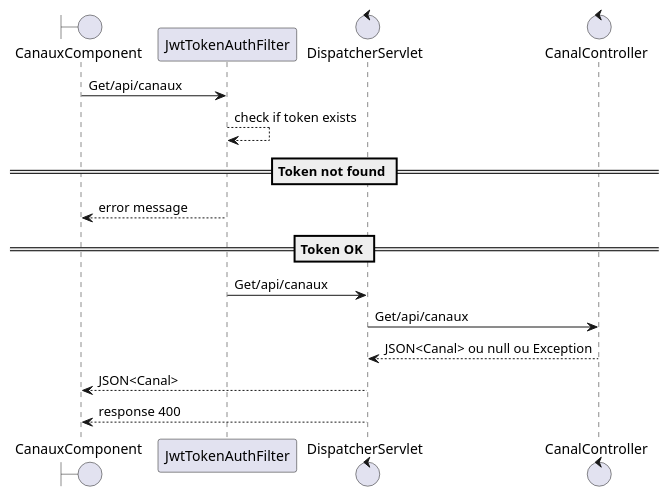
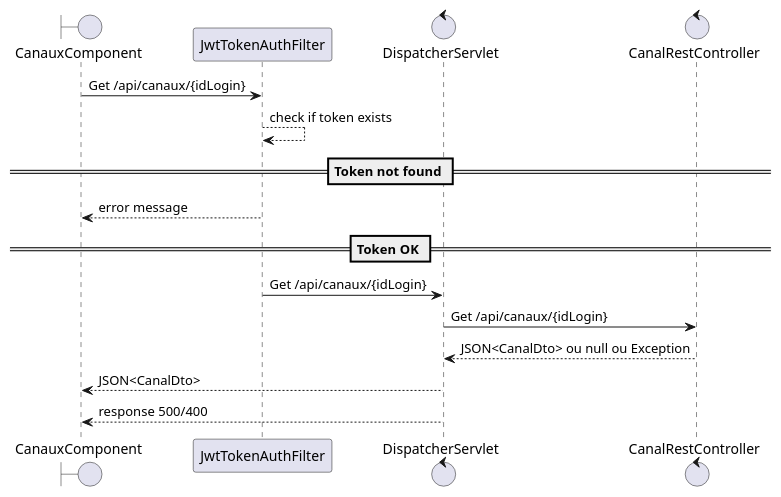
The diagram in public/diagramme-de-sequence/listerCanauxById.puml (soupramanien/cdaMassy2021ReactJS), drawn with PlantUML before and after one commit. The commit also changed 3 other files, not shown here.

Commit message:
Merge branch 'huawei' ->Update diagrames de sequence

```diff
--- a/public/diagramme-de-sequence/listerCanauxById.puml
+++ b/public/diagramme-de-sequence/listerCanauxById.puml
@@ -3,18 +3,18 @@
 @startuml
 boundary CanauxComponent
 participant JwtTokenAuthFilter
 control DispatcherServlet 
-control CanalController 
+control CanalRestController 
 
 
-CanauxComponent -> JwtTokenAuthFilter : Get/api/canaux 
+CanauxComponent -> JwtTokenAuthFilter : Get /api/canaux/{idLogin} 
 JwtTokenAuthFilter --> JwtTokenAuthFilter : check if token exists
 ==Token not found ==
 JwtTokenAuthFilter --> CanauxComponent : error message 
 ==Token OK ==
-JwtTokenAuthFilter -> DispatcherServlet : Get/api/canaux
-DispatcherServlet -> CanalController : Get/api/canaux
-CanalController --> DispatcherServlet : JSON<Canal> ou null ou Exception
-DispatcherServlet --> CanauxComponent : JSON<Canal>
-DispatcherServlet --> CanauxComponent : response 400
+JwtTokenAuthFilter -> DispatcherServlet : Get /api/canaux/{idLogin}
+DispatcherServlet -> CanalRestController : Get /api/canaux/{idLogin}
+CanalRestController --> DispatcherServlet : JSON<CanalDto> ou null ou Exception
+DispatcherServlet --> CanauxComponent : JSON<CanalDto>
+DispatcherServlet --> CanauxComponent : response 500/400
 @enduml
```
